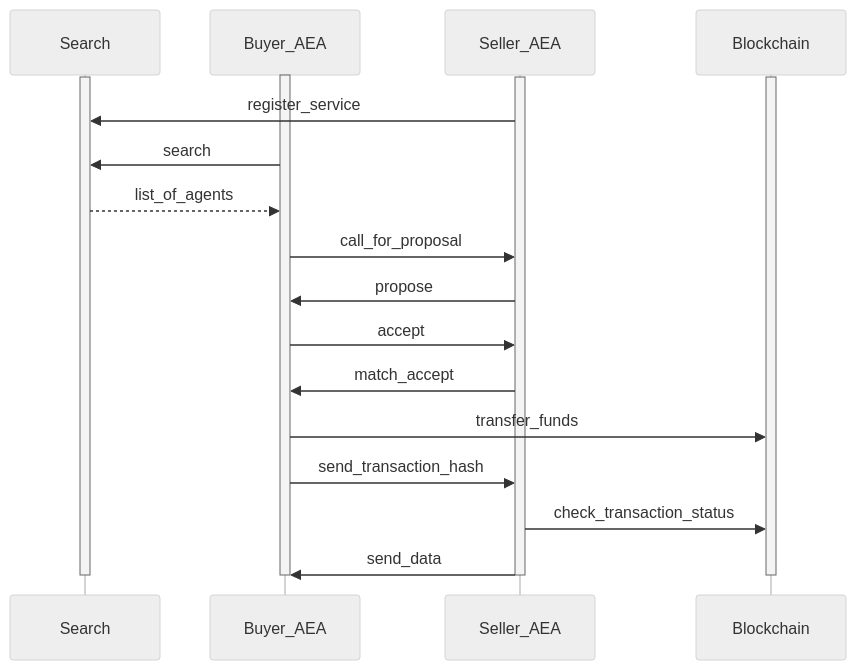
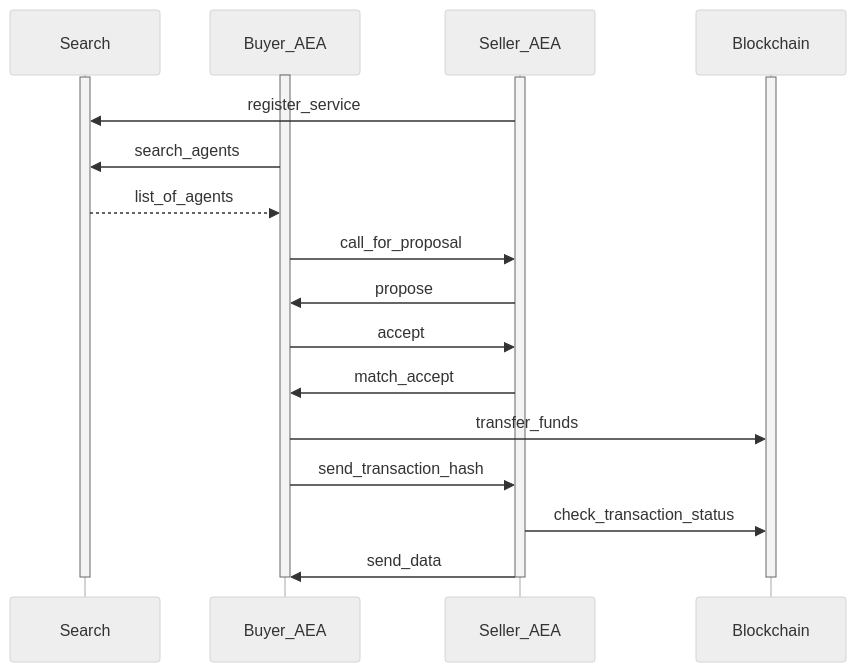
Before and after one commit to legendarydeveloper919/agents-aea: the diagram in docs/generic-skills.md, drawn with Mermaid (neutral theme). The commit also changed 19 other files, not shown here.

```diff
--- a/docs/generic-skills.md
+++ b/docs/generic-skills.md
@@ -19,30 +19,30 @@
 <div class="mermaid">
     sequenceDiagram
         participant Search
         participant Buyer_AEA
         participant Seller_AEA
         participant Blockchain
     
         activate Buyer_AEA
         activate Search
         activate Seller_AEA
         activate Blockchain
         
         Seller_AEA->>Search: register_service
-        Buyer_AEA->>Search: search
+        Buyer_AEA->>Search: search_agents
         Search-->>Buyer_AEA: list_of_agents
         Buyer_AEA->>Seller_AEA: call_for_proposal
         Seller_AEA->>Buyer_AEA: propose
         Buyer_AEA->>Seller_AEA: accept
         Seller_AEA->>Buyer_AEA: match_accept
         Buyer_AEA->>Blockchain: transfer_funds
         Buyer_AEA->>Seller_AEA: send_transaction_hash
         Seller_AEA->>Blockchain: check_transaction_status
         Seller_AEA->>Buyer_AEA: send_data
         
         deactivate Buyer_AEA
         deactivate Search
         deactivate Seller_AEA
         deactivate Blockchain
        
 </div>
```
